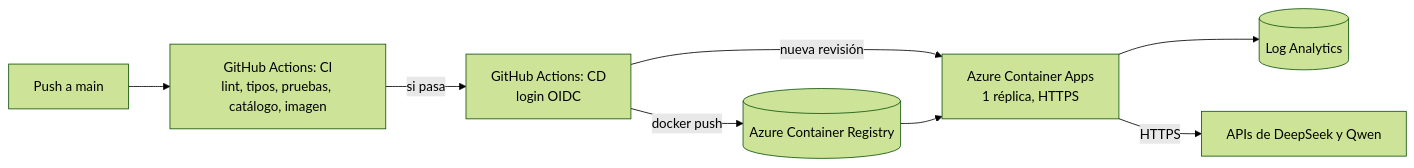
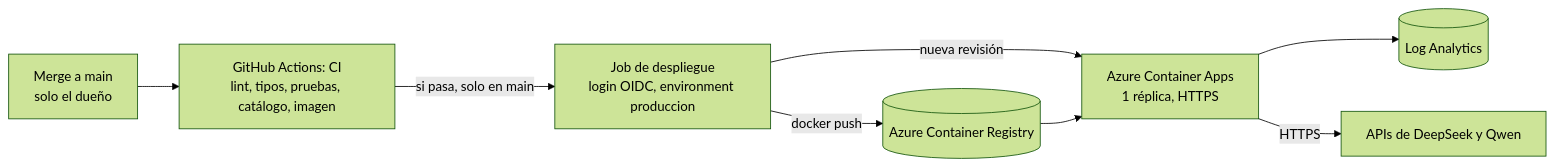
One commit to MechatronicCoder/chatbot-llm-rag changed the second of 3 diagrams in README.md. Above: the diagram before and after it, drawn with Mermaid (forest theme). The commit also changed other lines of this file and 6 other files, not shown here.

First line of the commit message:
ci: solo main despliega, como job final del CI

````diff
--- a/README.md
+++ b/README.md
@@ -115,10 +115,10 @@
 ```mermaid
 flowchart LR
-    Dev[Push a main] --> CI[GitHub Actions: CI<br/>lint, tipos, pruebas, catálogo, imagen]
-    CI -->|si pasa| CD[GitHub Actions: CD<br/>login OIDC]
+    Dev[Merge a main<br/>solo el dueño] --> CI[GitHub Actions: CI<br/>lint, tipos, pruebas, catálogo, imagen]
+    CI -->|si pasa, solo en main| CD[Job de despliegue<br/>login OIDC, environment produccion]
     CD -->|docker push| ACR[(Azure Container Registry)]
     CD -->|nueva revisión| ACA[Azure Container Apps<br/>1 réplica, HTTPS]
     ACR --> ACA
     ACA --> LA[(Log Analytics)]
     ACA -->|HTTPS| APIs[APIs de DeepSeek y Qwen]
 ```
````
